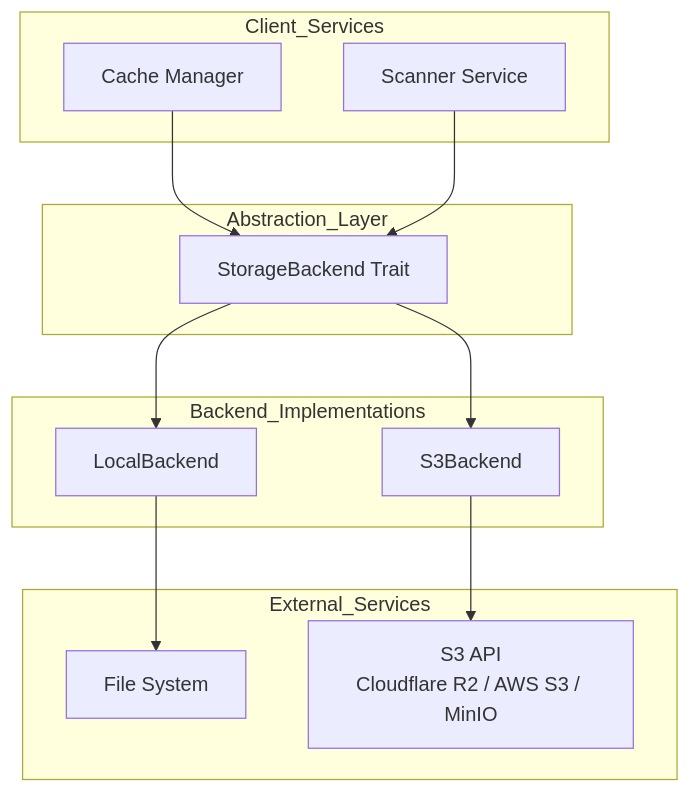
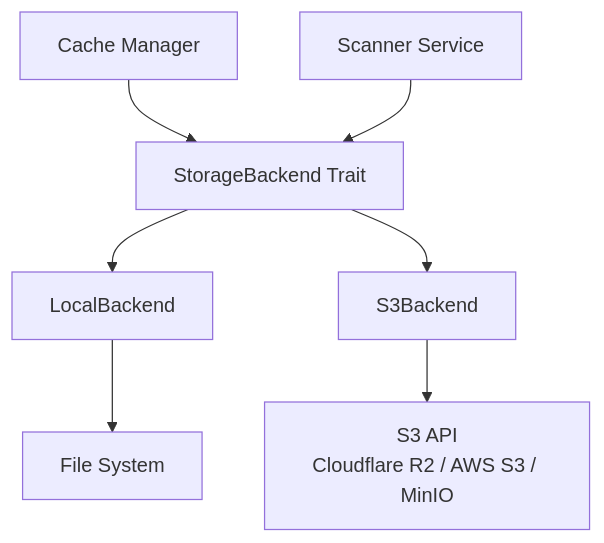
One commit to Lighty-Launcher/LightyUpdater changed the first of 4 diagrams in crates/storage/docs/architecture.md. Above: the diagram before and after it, drawn with Mermaid. The commit also changed 33 other files, not shown here.

Commit message:
improve docs with mermaid implémentation for gitbook

````diff
--- a/crates/storage/docs/architecture.md
+++ b/crates/storage/docs/architecture.md
@@ -9,30 +9,11 @@
 ```mermaid
-graph TB
-    subgraph Abstraction_Layer
-        SB[StorageBackend Trait]
-    end
+flowchart TB
+    SB[StorageBackend Trait] --> LB[LocalBackend]
+    SB --> S3B[S3Backend]
 
-    subgraph Backend_Implementations
-        LB[LocalBackend]
-        S3B[S3Backend]
-    end
+    LB --> FS[File System]
+    S3B --> S3API[S3 API<br/>Cloudflare R2 / AWS S3 / MinIO]
 
-    subgraph External_Services
-        FS[File System]
-        S3API[S3 API<br/>Cloudflare R2 / AWS S3 / MinIO]
-    end
-
-    subgraph Client_Services
-        Cache[Cache Manager]
-        Scanner[Scanner Service]
-    end
-
-    SB --> LB
-    SB --> S3B
-
-    LB --> FS
-    S3B --> S3API
-
-    Cache --> SB
-    Scanner --> SB
+    Cache[Cache Manager] --> SB
+    Scanner[Scanner Service] --> SB
 ```
````
